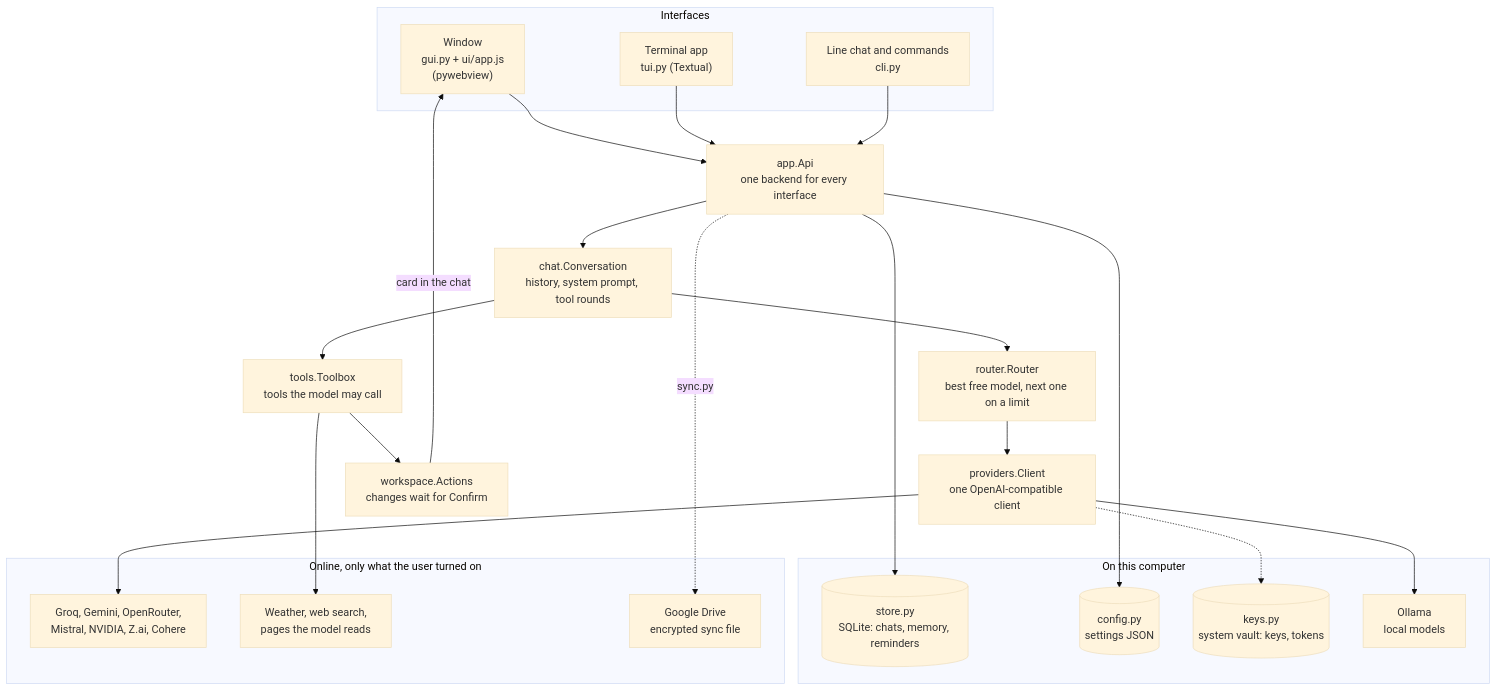
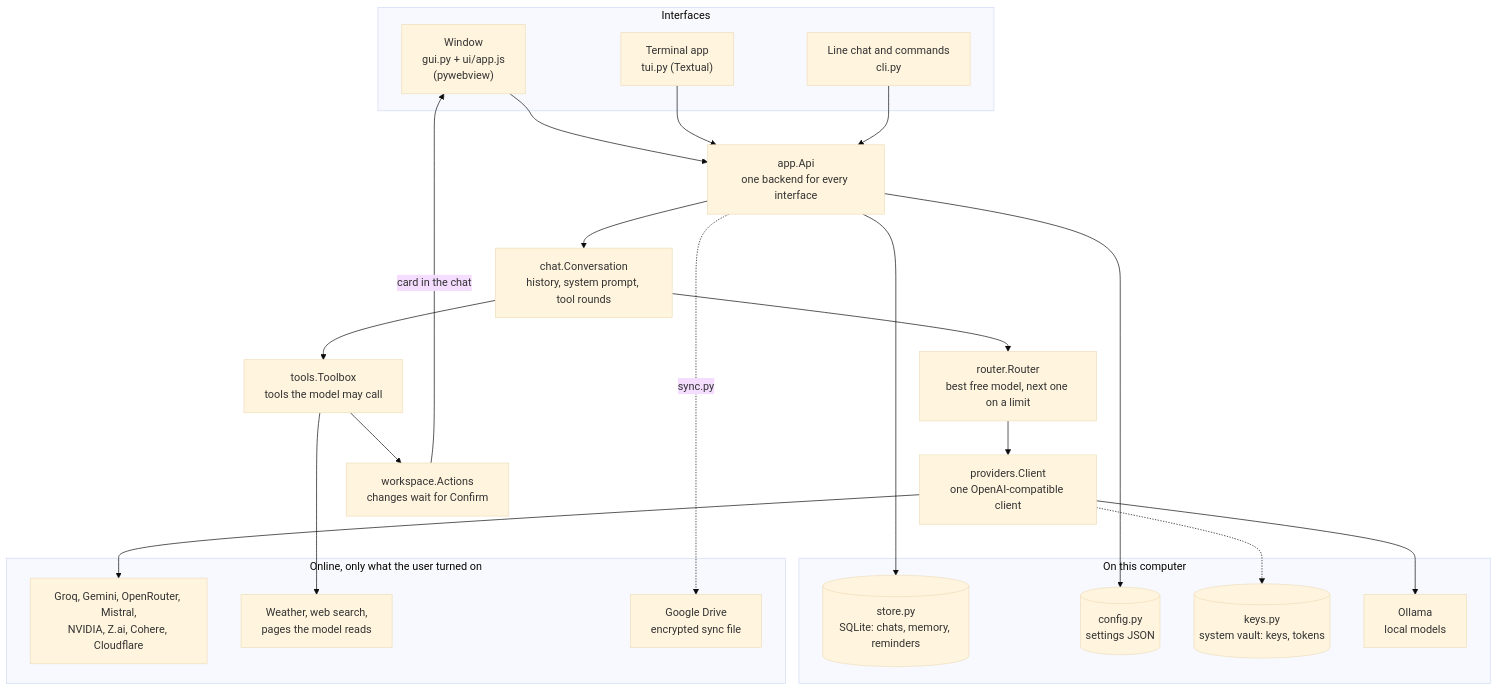
The diagram in ARCHITECTURE.md (mikybuilds/lanterna), drawn with Mermaid (base theme) before and after one commit. The commit also changed other lines of this file and 3 other files, not shown here.

````diff
--- a/ARCHITECTURE.md
+++ b/ARCHITECTURE.md
@@ -13,45 +13,45 @@
 ```mermaid
 flowchart TB
     subgraph UI["Interfaces"]
         GUI["Window<br/>gui.py + ui/app.js<br/>(pywebview)"]
         TUI["Terminal app<br/>tui.py (Textual)"]
         CLI["Line chat and commands<br/>cli.py"]
     end
 
     API["app.Api<br/>one backend for every interface"]
     CONV["chat.Conversation<br/>history, system prompt, tool rounds"]
     ROUTER["router.Router<br/>best free model, next one on a limit"]
     CLIENT["providers.Client<br/>one OpenAI-compatible client"]
     BOX["tools.Toolbox<br/>tools the model may call"]
     ACTIONS["workspace.Actions<br/>changes wait for Confirm"]
 
     subgraph LOCAL["On this computer"]
         DB[("store.py<br/>SQLite: chats, memory, reminders")]
         CFG[("config.py<br/>settings JSON")]
         VAULT[("keys.py<br/>system vault: keys, tokens")]
         OLLAMA["Ollama<br/>local models"]
     end
 
     subgraph NET["Online, only what the user turned on"]
-        CLOUD["Groq, Gemini, OpenRouter,<br/>Mistral, NVIDIA, Z.ai, Cohere"]
+        CLOUD["Groq, Gemini, OpenRouter, Mistral,<br/>NVIDIA, Z.ai, Cohere, Cloudflare"]
         WEB["Weather, web search,<br/>pages the model reads"]
         DRIVE["Google Drive<br/>encrypted sync file"]
     end
 
     GUI --> API
     TUI --> API
     CLI --> API
     API --> CONV
     API --> DB
     API --> CFG
     CONV --> ROUTER
     CONV --> BOX
     ROUTER --> CLIENT
     CLIENT --> CLOUD
     CLIENT --> OLLAMA
     CLIENT -.-> VAULT
     BOX --> WEB
     BOX --> ACTIONS
     ACTIONS -->|"card in the chat"| GUI
     API -.->|"sync.py"| DRIVE
 ```
````
